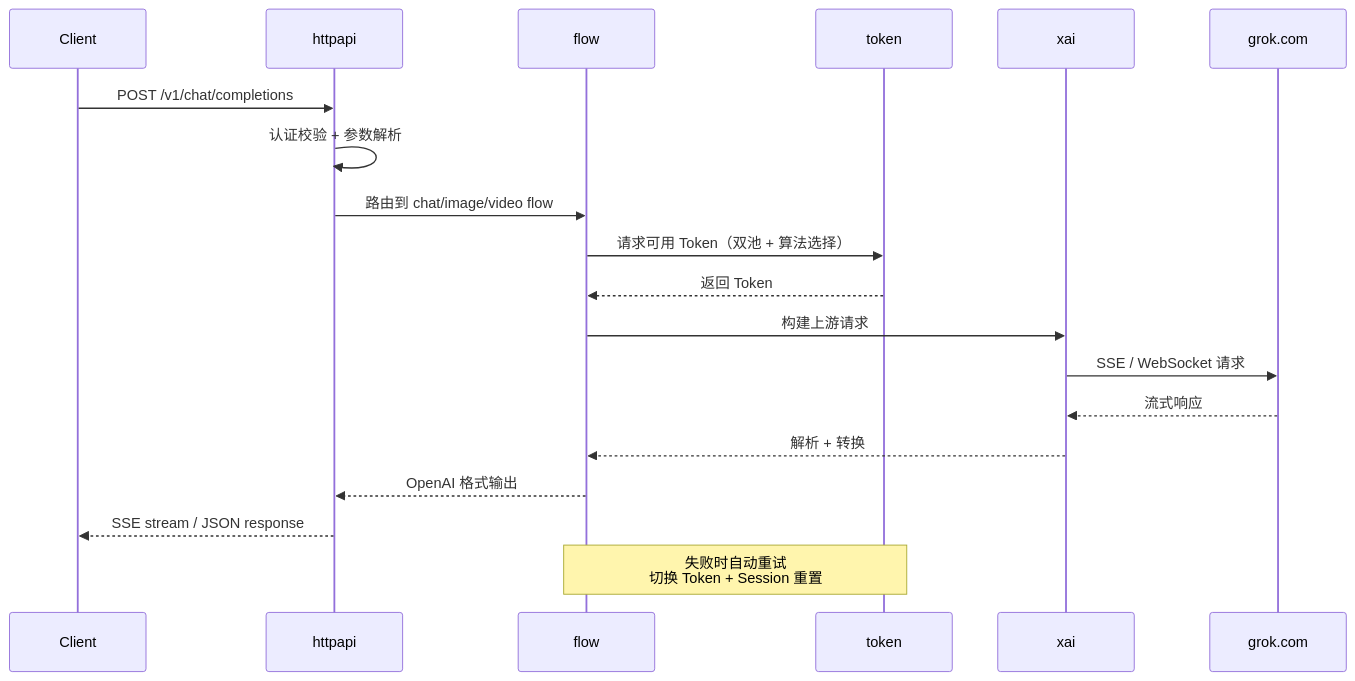
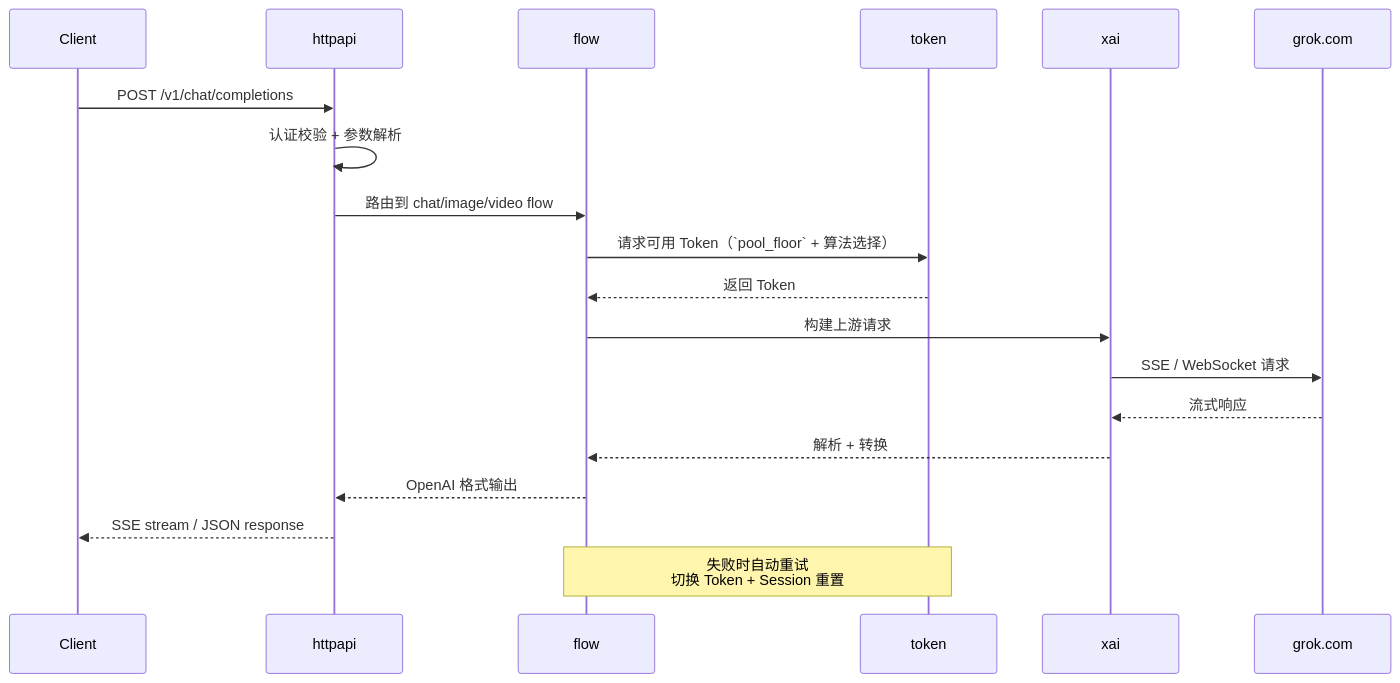
One commit to crmmc/grokforge changed the diagram in README.zh.md. Above: the diagram before and after it, drawn with Mermaid. The commit also changed other lines of this file and 86 other files, not shown here.

````diff
--- a/README.zh.md
+++ b/README.zh.md
@@ -423,23 +416,23 @@
 ```mermaid
 sequenceDiagram
     participant C as Client
     participant H as httpapi
     participant F as flow
     participant T as token
     participant X as xai
     participant G as grok.com
 
     C->>H: POST /v1/chat/completions
     H->>H: 认证校验 + 参数解析
     H->>F: 路由到 chat/image/video flow
-    F->>T: 请求可用 Token（双池 + 算法选择）
+    F->>T: 请求可用 Token（`pool_floor` + 算法选择）
     T-->>F: 返回 Token
     F->>X: 构建上游请求
     X->>G: SSE / WebSocket 请求
     G-->>X: 流式响应
     X-->>F: 解析 + 转换
     F-->>H: OpenAI 格式输出
     H-->>C: SSE stream / JSON response
 
     Note over F,T: 失败时自动重试<br/>切换 Token + Session 重置
 ```
````
